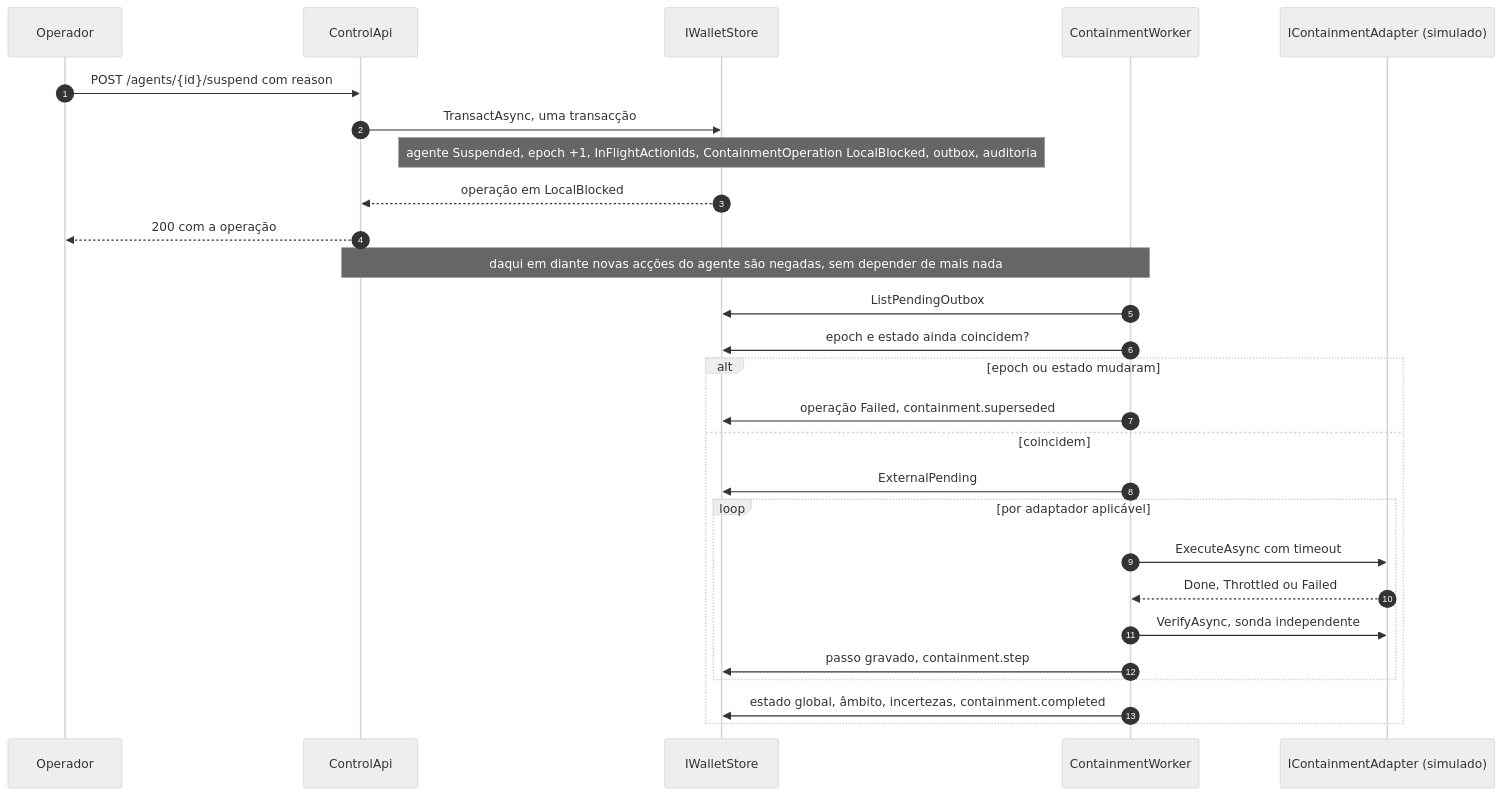
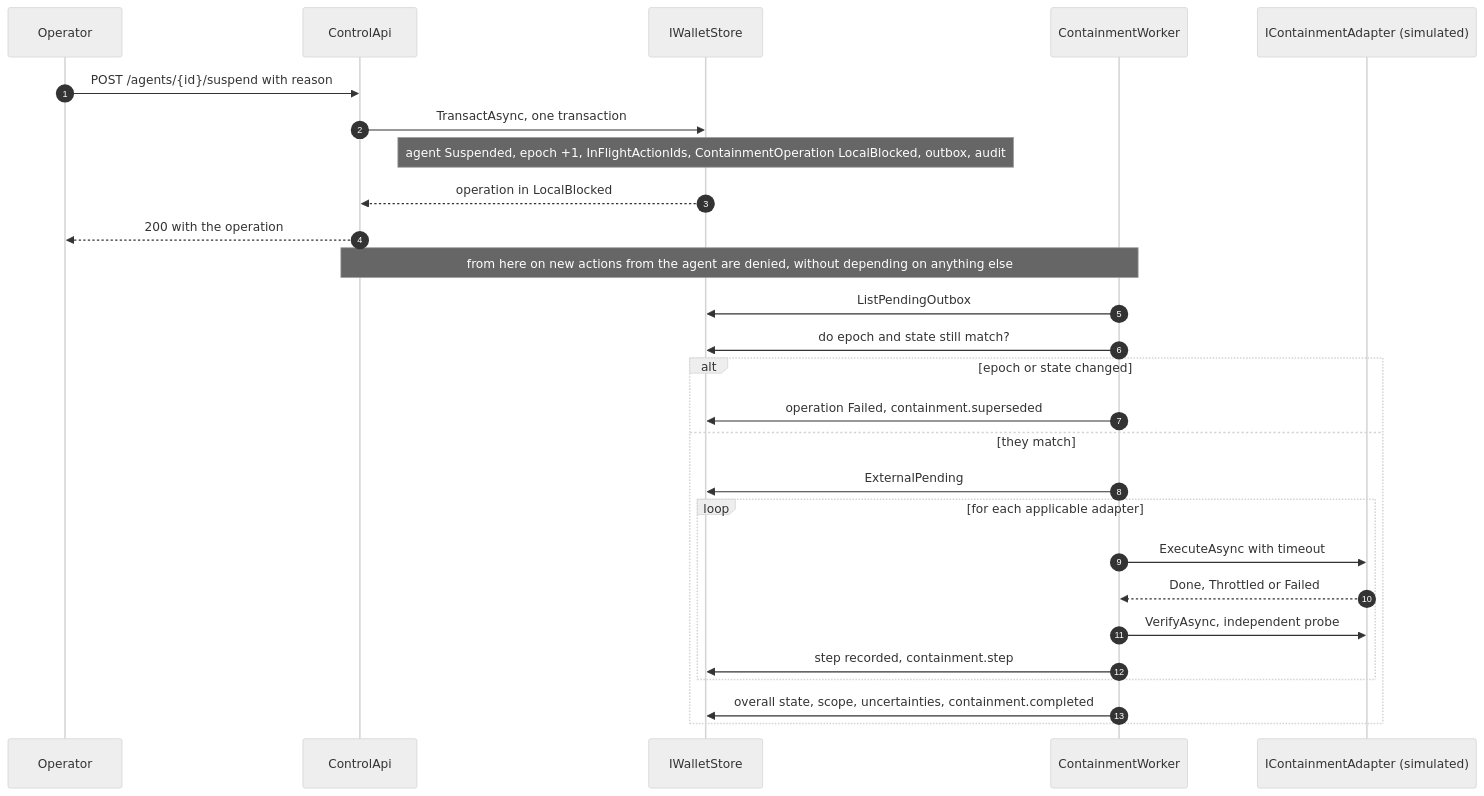
The third of 3 diagrams in docs/architecture.md (epestana28/agent-portifolio), drawn with Mermaid (neutral theme) before and after one commit. The commit also changed other lines of this file and 64 other files, not shown here.

````diff
--- a/docs/architecture.md
+++ b/docs/architecture.md
@@ -185,29 +185,29 @@
 ```mermaid
 sequenceDiagram
     autonumber
-    participant Op as Operador
+    participant Op as Operator
     participant C as ControlApi
     participant S as IWalletStore
     participant W as ContainmentWorker
-    participant Ad as IContainmentAdapter (simulado)
-    Op->>C: POST /agents/{id}/suspend com reason
-    C->>S: TransactAsync, uma transacção
-    Note over S: agente Suspended, epoch +1, InFlightActionIds, ContainmentOperation LocalBlocked, outbox, auditoria
-    S-->>C: operação em LocalBlocked
-    C-->>Op: 200 com a operação
-    Note over C,W: daqui em diante novas acções do agente são negadas, sem depender de mais nada
+    participant Ad as IContainmentAdapter (simulated)
+    Op->>C: POST /agents/{id}/suspend with reason
+    C->>S: TransactAsync, one transaction
+    Note over S: agent Suspended, epoch +1, InFlightActionIds, ContainmentOperation LocalBlocked, outbox, audit
+    S-->>C: operation in LocalBlocked
+    C-->>Op: 200 with the operation
+    Note over C,W: from here on new actions from the agent are denied, without depending on anything else
     W->>S: ListPendingOutbox
-    W->>S: epoch e estado ainda coincidem?
-    alt epoch ou estado mudaram
-        W->>S: operação Failed, containment.superseded
-    else coincidem
+    W->>S: do epoch and state still match?
+    alt epoch or state changed
+        W->>S: operation Failed, containment.superseded
+    else they match
         W->>S: ExternalPending
-        loop por adaptador aplicável
-            W->>Ad: ExecuteAsync com timeout
-            Ad-->>W: Done, Throttled ou Failed
-            W->>Ad: VerifyAsync, sonda independente
-            W->>S: passo gravado, containment.step
+        loop for each applicable adapter
+            W->>Ad: ExecuteAsync with timeout
+            Ad-->>W: Done, Throttled or Failed
+            W->>Ad: VerifyAsync, independent probe
+            W->>S: step recorded, containment.step
         end
-        W->>S: estado global, âmbito, incertezas, containment.completed
+        W->>S: overall state, scope, uncertainties, containment.completed
     end
 ```
````
